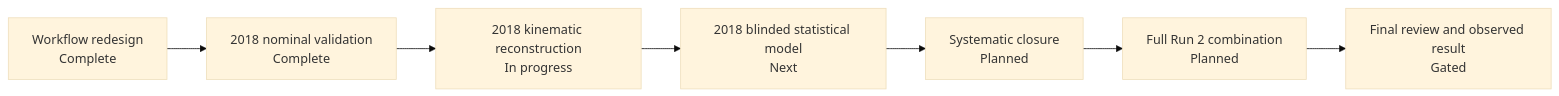
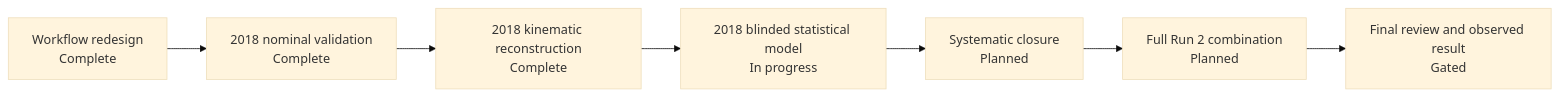
Before and after one commit to jgomespi/WWRun2LeptonicPPS-Analysis-Status: the diagram in README.md, drawn with Mermaid (base theme). The commit also changed other lines of this file, not shown here.

````diff
--- a/README.md
+++ b/README.md
@@ -30,9 +30,9 @@
 ```mermaid
 flowchart LR
     A[Workflow redesign\nComplete] --> B[2018 nominal validation\nComplete]
-    B --> C[2018 kinematic reconstruction\nIn progress]
-    C --> D[2018 blinded statistical model\nNext]
+    B --> C[2018 kinematic reconstruction\nComplete]
+    C --> D[2018 blinded statistical model\nIn progress]
     D --> E[Systematic closure\nPlanned]
     E --> F[Full Run 2 combination\nPlanned]
     F --> G[Final review and observed result\nGated]
 ```
````
